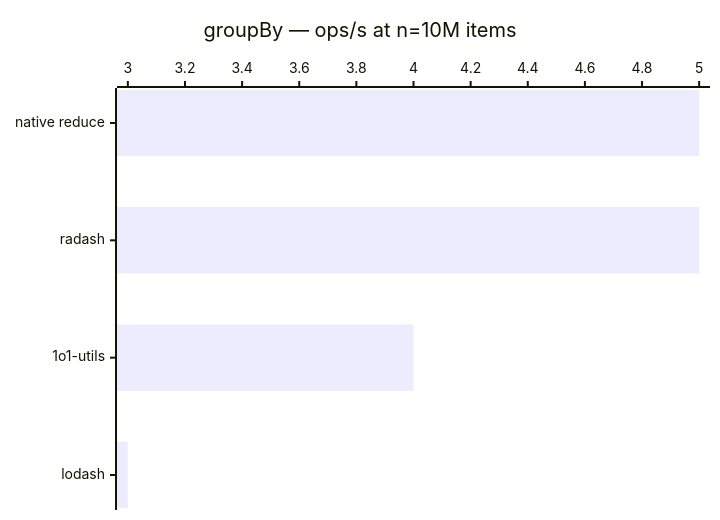
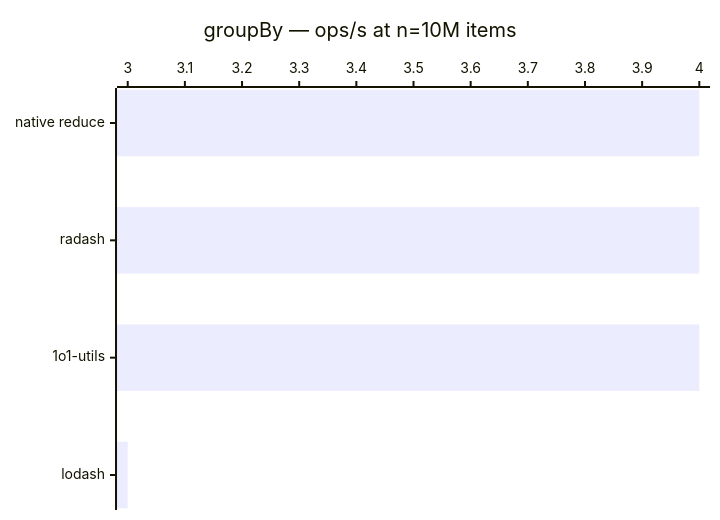
The diagram in benchmarks/group-by.md (pedrotroccoli/1o1-utils), drawn with Mermaid before and after one commit. The commit also changed other lines of this file and 5 other files, not shown here.

````diff
--- a/benchmarks/group-by.md
+++ b/benchmarks/group-by.md
@@ -17,6 +17,6 @@
 ```mermaid
 xychart-beta horizontal
   title "groupBy — ops/s at n=10M items"
   x-axis ["native reduce", "radash", "1o1-utils", "lodash"]
-  bar [5, 5, 4, 3]
+  bar [4, 4, 4, 3]
 ```
````
